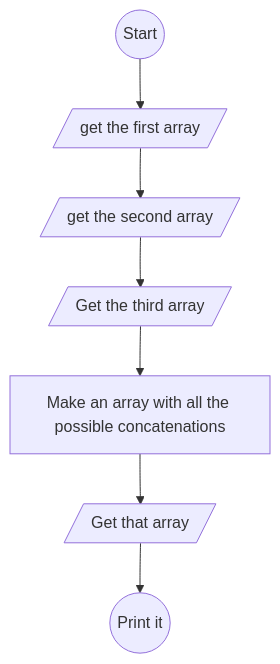
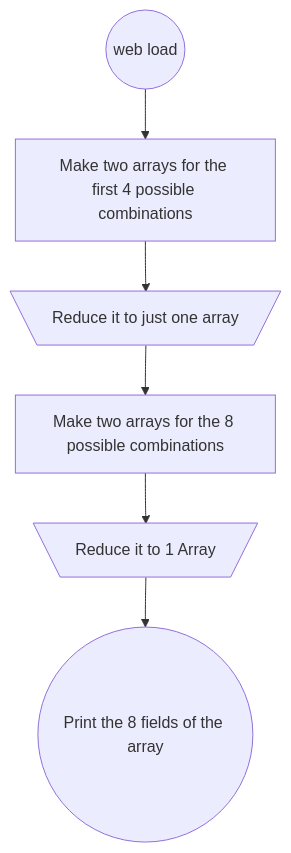
Before and after one commit to 4GeeksAcademy/FS64-AlbertJane-DomainNameGenerator: the diagram in README.md, drawn with Mermaid.

````diff
--- a/README.md
+++ b/README.md
@@ -2,15 +2,14 @@
 ```mermaid
 
 
 flowchart TD;
-    A((Start))
-    B[/get the first array/]
-    C[/get the second array/]
-    D[/Get the third array/]
-    E[Make an array with all the possible concatenations]
-    F[/Get that array/]
-    G((Print it))
+    A((web load))
+    B[Make two arrays for the first 4 possible combinations]
+    C[\Reduce it to just one array/]
+    D[Make two arrays for the 8 possible combinations]
+    E[\Reduce it to 1 Array/]    
+    F((Print the 8 fields of the array))
 
-A --> B --> C --> D --> E --> F --> G
+A --> B --> C --> D --> E --> F
 
 ```
````
